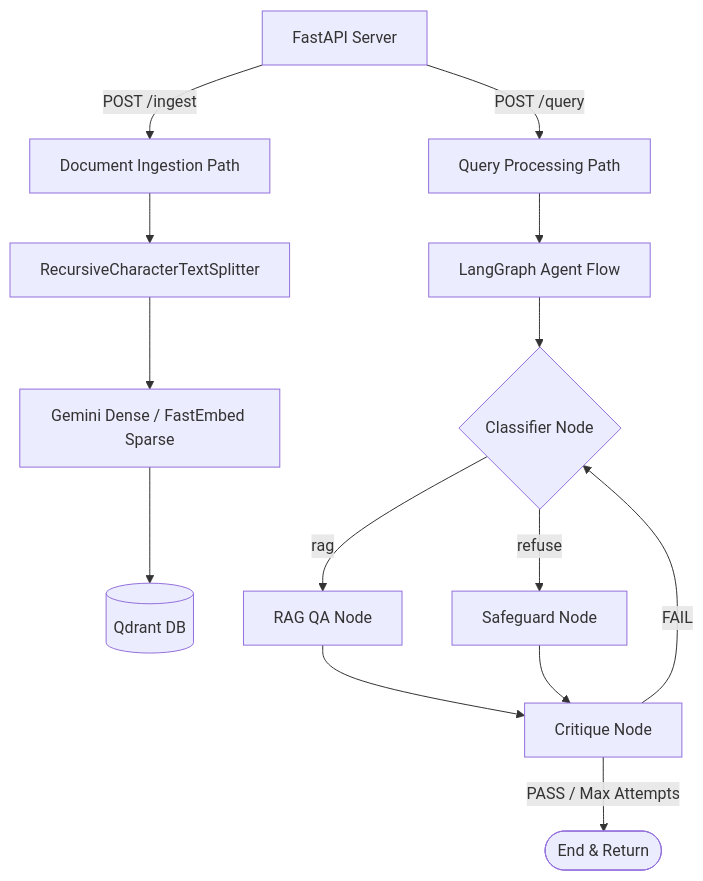
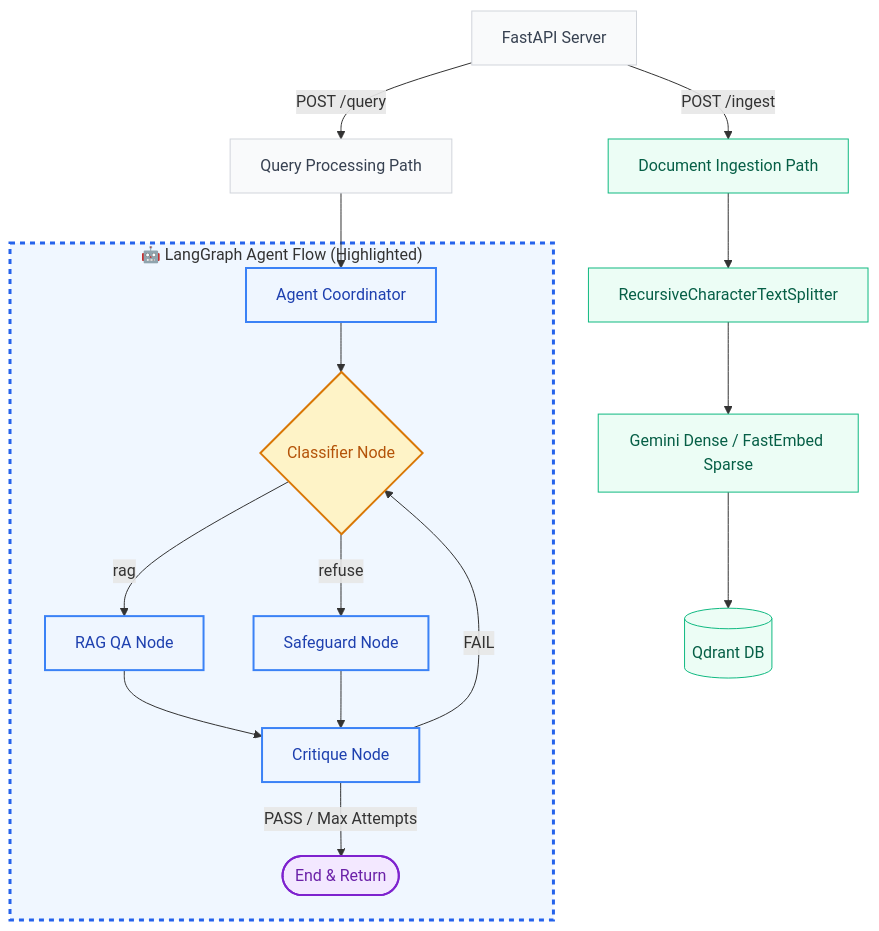
One commit to boycececil666gmailcom/rag-chatbot changed the second of 4 diagrams in README.md. Above: the diagram before and after it, drawn with Mermaid. The commit also changed other lines of this file and 15 other files, not shown here.

Commit message:
refactor: package agent_flow, apply cosine similarity classification, and add refuse critique

````diff
--- a/README.md
+++ b/README.md
@@ -89,24 +84,43 @@
 ```mermaid
-graph TD
-    Server[FastAPI Server]
+flowchart TD
+    %% Styling classes
+    classDef main fill:#f9fafb,stroke:#d1d5db,stroke-width:1px,color:#374151;
+    classDef ingest fill:#ecfdf5,stroke:#10b981,stroke-width:1px,color:#065f46;
+    classDef lgNode fill:#eff6ff,stroke:#3b82f6,stroke-width:2px,color:#1e40af;
+    classDef decision fill:#fef3c7,stroke:#d97706,stroke-width:2px,color:#b45309;
+    classDef endNode fill:#f3e8ff,stroke:#7e22ce,stroke-width:2px,color:#6b21a8;
+
+    Server[FastAPI Server]:::main
     
     %% Ingest path
-    Server -->|POST /ingest| Ingest[Document Ingestion Path]
-    Ingest --> Split[RecursiveCharacterTextSplitter]
-    Split --> Embed[Gemini Dense / FastEmbed Sparse]
-    Embed --> DB[(Qdrant DB)]
+    Server -->|POST /ingest| Ingest[Document Ingestion Path]:::ingest
+    Ingest --> Split[RecursiveCharacterTextSplitter]:::ingest
+    Split --> Embed[Gemini Dense / FastEmbed Sparse]:::ingest
+    Embed --> DB[(Qdrant DB)]:::ingest
 
     %% Query path
-    Server -->|POST /query| Query[Query Processing Path]
-    Query --> Graph[LangGraph Agent Flow]
-    Graph --> Classifier{Classifier Node}
+    Server -->|POST /query| Query[Query Processing Path]:::main
     
-    Classifier -->|rag| QA[RAG QA Node]
-    Classifier -->|refuse| Safeguard[Safeguard Node]
+    subgraph LangGraph ["🤖 LangGraph Agent Flow (Highlighted)"]
+        style LangGraph fill:#f0f7ff,stroke:#2563eb,stroke-width:3px,stroke-dasharray: 5 5;
+        
+        Graph[Agent Coordinator]:::lgNode
+        Classifier{Classifier Node}:::decision
+        QA[RAG QA Node]:::lgNode
+        Safeguard[Safeguard Node]:::lgNode
+        Critique[Critique Node]:::lgNode
+        End([End & Return]):::endNode
+        
+        Graph --> Classifier
+        Classifier -->|rag| QA
+        Classifier -->|refuse| Safeguard
+        
+        QA --> Critique
+        Safeguard --> Critique
+        
+        Critique -->|PASS / Max Attempts| End
+        Critique -->|FAIL| Classifier
+    end
     
-    QA --> Critique[Critique Node]
-    Safeguard --> Critique
-    
-    Critique -->|PASS / Max Attempts| End([End & Return])
-    Critique -->|FAIL| Classifier
+    Query --> Graph
 ```
````
